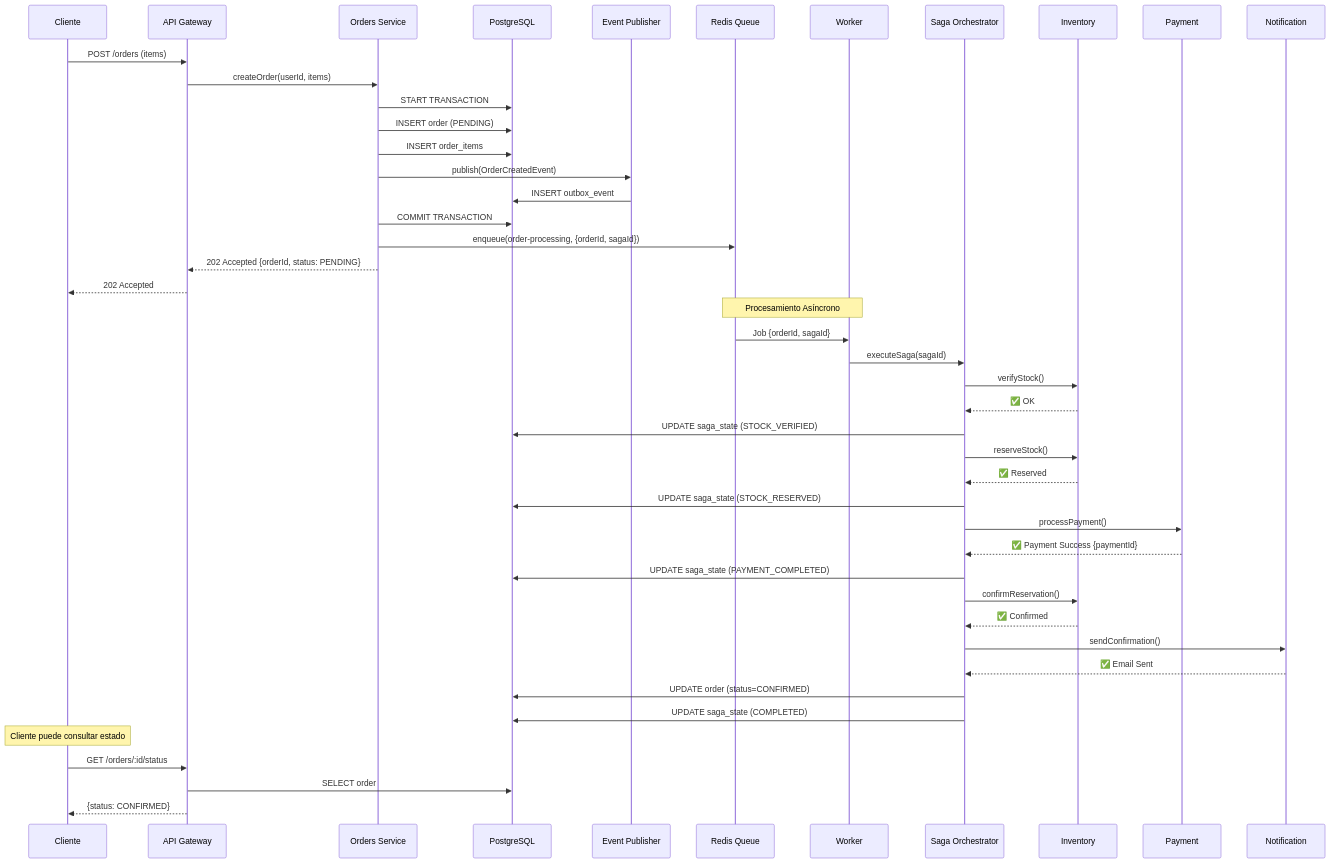
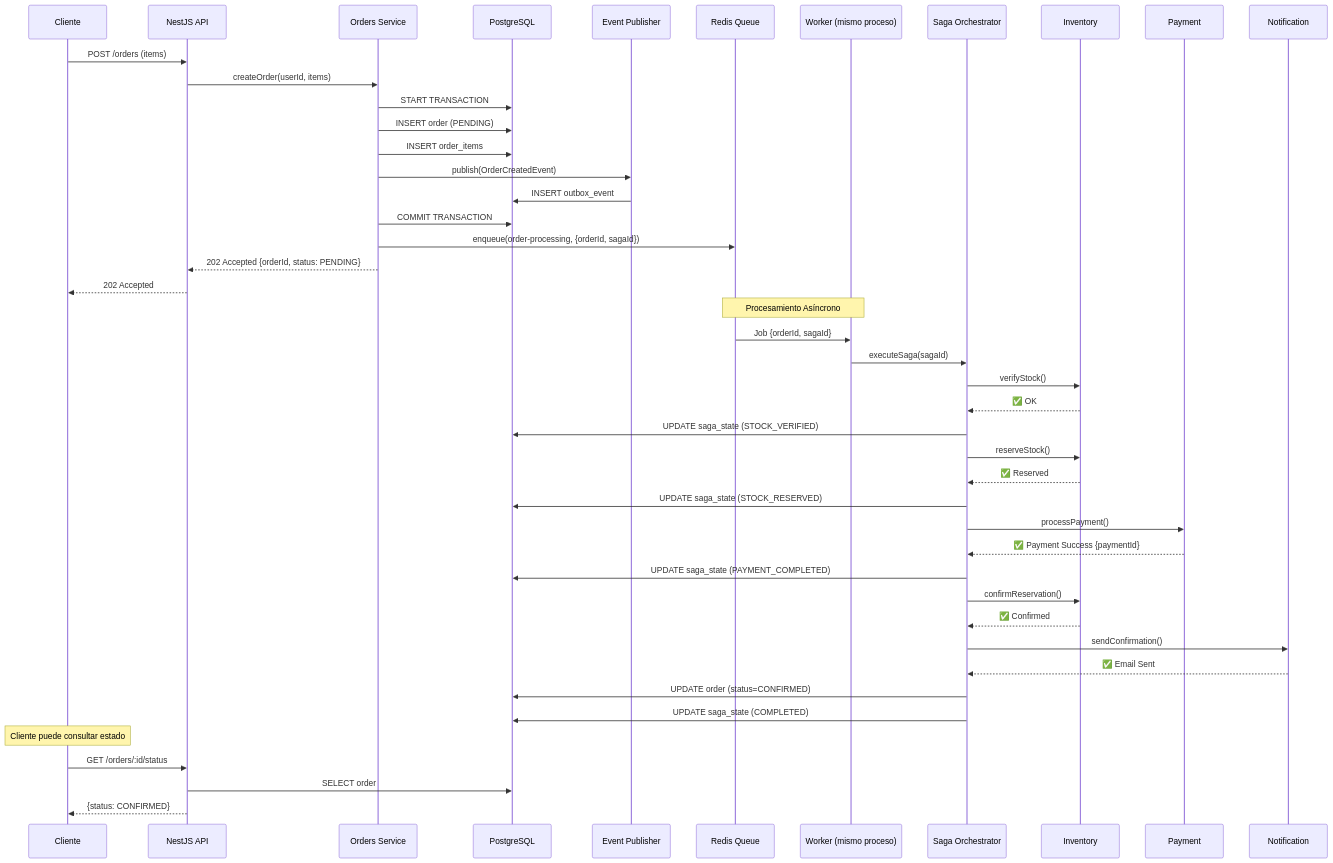
Before and after one commit to ArielDRighi/microservices-ecommerce-system: the second of 3 diagrams in docs/ARCHITECTURE.md, drawn with Mermaid. The commit also changed other lines of this file and 4 other files, not shown here.

````diff
--- a/docs/ARCHITECTURE.md
+++ b/docs/ARCHITECTURE.md
@@ -364,59 +364,59 @@
 ```mermaid
 sequenceDiagram
     participant C as Cliente
-    participant API as API Gateway
+    participant API as NestJS API
     participant OS as Orders Service
     participant DB as PostgreSQL
     participant EP as Event Publisher
     participant Q as Redis Queue
-    participant W as Worker
+    participant W as Worker (mismo proceso)
     participant SAGA as Saga Orchestrator
     participant INV as Inventory
     participant PAY as Payment
     participant NOTIF as Notification
 
     C->>API: POST /orders (items)
     API->>OS: createOrder(userId, items)
 
     OS->>DB: START TRANSACTION
     OS->>DB: INSERT order (PENDING)
     OS->>DB: INSERT order_items
     OS->>EP: publish(OrderCreatedEvent)
     EP->>DB: INSERT outbox_event
     OS->>DB: COMMIT TRANSACTION
 
     OS->>Q: enqueue(order-processing, {orderId, sagaId})
     OS-->>API: 202 Accepted {orderId, status: PENDING}
     API-->>C: 202 Accepted
 
     Note over Q,W: Procesamiento Asíncrono
 
     Q->>W: Job {orderId, sagaId}
     W->>SAGA: executeSaga(sagaId)
 
     SAGA->>INV: verifyStock()
     INV-->>SAGA: ✅ OK
     SAGA->>DB: UPDATE saga_state (STOCK_VERIFIED)
 
     SAGA->>INV: reserveStock()
     INV-->>SAGA: ✅ Reserved
     SAGA->>DB: UPDATE saga_state (STOCK_RESERVED)
 
     SAGA->>PAY: processPayment()
     PAY-->>SAGA: ✅ Payment Success {paymentId}
     SAGA->>DB: UPDATE saga_state (PAYMENT_COMPLETED)
 
     SAGA->>INV: confirmReservation()
     INV-->>SAGA: ✅ Confirmed
 
     SAGA->>NOTIF: sendConfirmation()
     NOTIF-->>SAGA: ✅ Email Sent
 
     SAGA->>DB: UPDATE order (status=CONFIRMED)
     SAGA->>DB: UPDATE saga_state (COMPLETED)
 
     Note over C: Cliente puede consultar estado
     C->>API: GET /orders/:id/status
     API->>DB: SELECT order
     API-->>C: {status: CONFIRMED}
 ```
````
